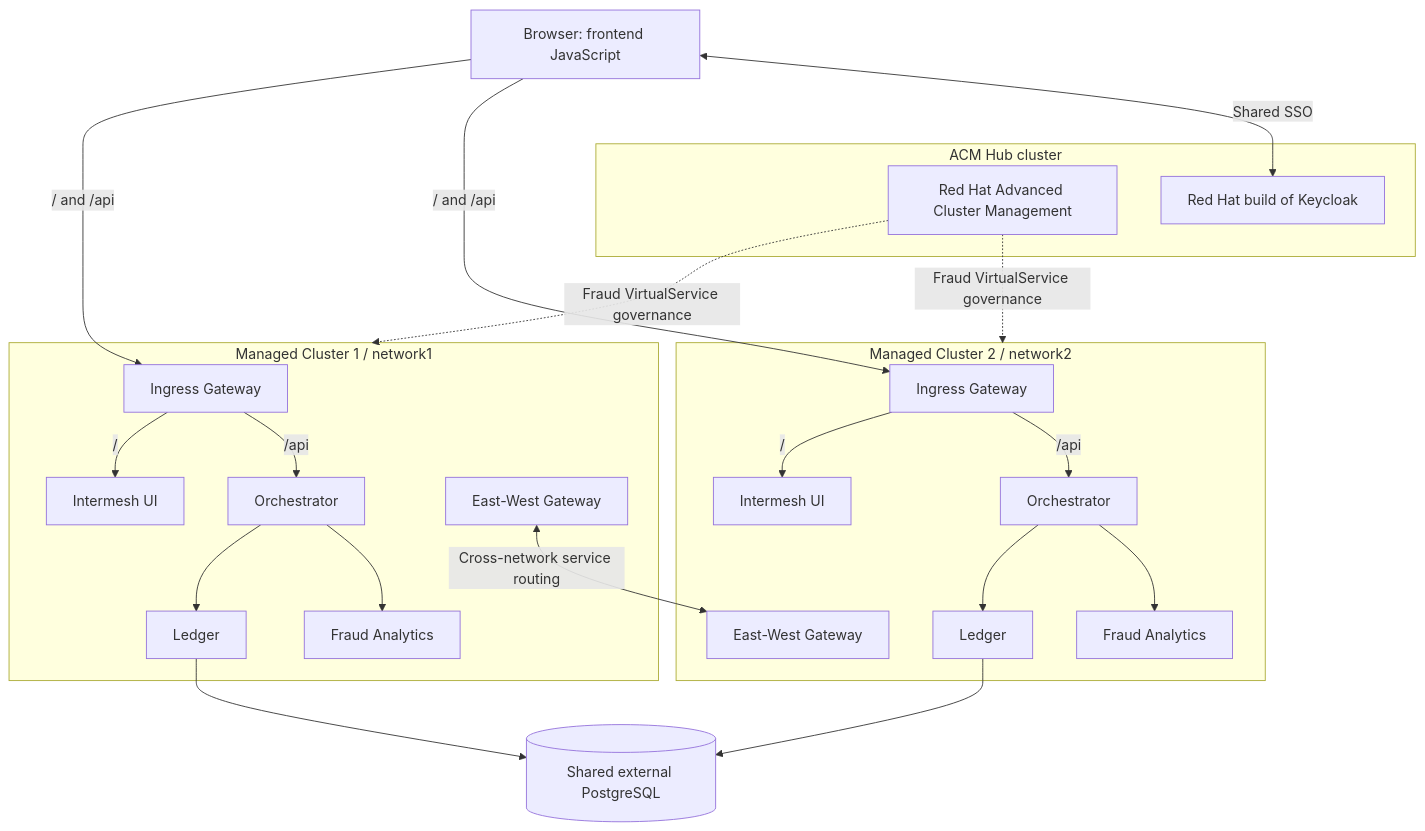
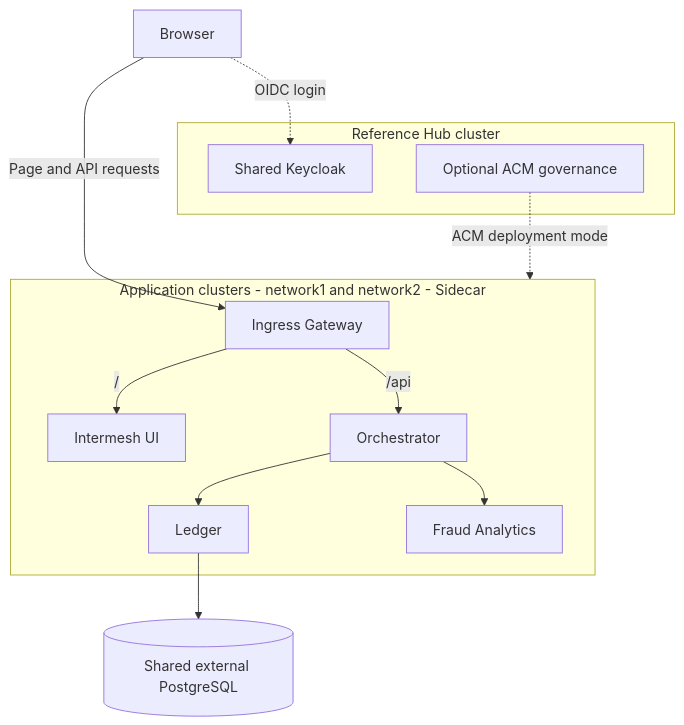
The diagram in README.md (giovanniizzi/intermesh-bank), drawn with Mermaid before and after one commit. The commit also changed other lines of this file and 359 other files, not shown here.

````diff
--- a/README.md
+++ b/README.md
@@ -15,31 +30,24 @@
 ```mermaid
 flowchart TB
-  BROWSER["Browser: frontend JavaScript"]
-  subgraph HUB["ACM Hub cluster"]
-    ACM["Red Hat Advanced Cluster Management"]
-    SSO["Red Hat build of Keycloak"]
+  B["Browser"]
+  subgraph H["Reference Hub cluster"]
+    KC["Shared Keycloak"]
+    ACM["Optional ACM governance"]
   end
-  subgraph C1["Managed Cluster 1 / network1"]
-    IG1["Ingress Gateway"] -->|"/"| UI1["Intermesh UI"]
-    IG1 -->|"/api"| O1["Orchestrator"]
-    O1 --> L1["Ledger"]
-    O1 --> F1["Fraud Analytics"]
-    EW1["East-West Gateway"]
-  end
-  subgraph C2["Managed Cluster 2 / network2"]
-    IG2["Ingress Gateway"] -->|"/"| UI2["Intermesh UI"]
-    IG2 -->|"/api"| O2["Orchestrator"]
-    O2 --> L2["Ledger"]
-    O2 --> F2["Fraud Analytics"]
-    EW2["East-West Gateway"]
+  subgraph M["Application clusters - network1 and network2 - Sidecar"]
+    IG["Ingress Gateway"]
+    UI["Intermesh UI"]
+    O["Orchestrator"]
+    L["Ledger"]
+    F["Fraud Analytics"]
+    IG -->|"/"| UI
+    IG -->|"/api"| O
+    O --> L
+    O --> F
   end
   DB[("Shared external PostgreSQL")]
-  BROWSER -->|"/ and /api"| IG1
-  BROWSER -->|"/ and /api"| IG2
-  BROWSER <-->|"Shared SSO"| SSO
-  ACM -. "Fraud VirtualService governance" .-> C1
-  ACM -. "Fraud VirtualService governance" .-> C2
-  L1 --> DB
-  L2 --> DB
-  EW1 <-->|"Cross-network service routing"| EW2
+  B -->|"Page and API requests"| IG
+  B -. "OIDC login" .-> KC
+  L --> DB
+  ACM -. "ACM deployment mode" .-> M
 ```
````
